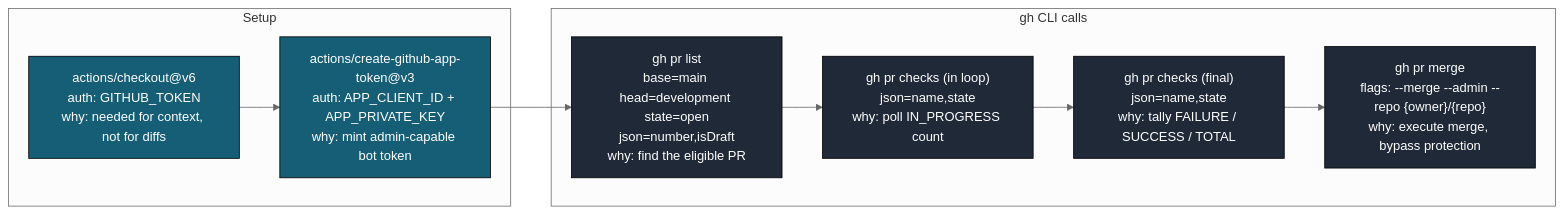
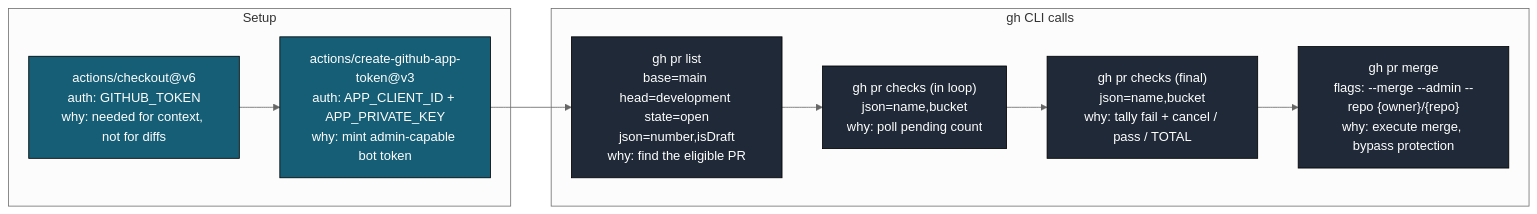
The eighth of 13 diagrams in .github/docs/AUTO_MERGE_MAIN_PR_DEEP_DIVE.md (llm-exe/llm-exe), drawn with Mermaid (neutral theme) before and after one commit. The commit also changed other lines of this file and 2 other files, not shown here.

First line of the commit message:
ci(auto-merge): wait for queued checks and fail closed on timeout

````diff
--- a/.github/docs/AUTO_MERGE_MAIN_PR_DEEP_DIVE.md
+++ b/.github/docs/AUTO_MERGE_MAIN_PR_DEEP_DIVE.md
@@ -354,24 +353,24 @@
 ```mermaid
 flowchart LR
     classDef pre fill:#155e75,color:#fff,stroke:#000
     classDef gh fill:#1f2937,color:#fff,stroke:#000
     classDef act fill:#581c87,color:#fff,stroke:#000
 
     subgraph Pre["Setup"]
         c1["actions/checkout@v6\nauth: GITHUB_TOKEN\nwhy: needed for context, not for diffs"]:::pre
         c2["actions/create-github-app-token@v3\nauth: APP_CLIENT_ID + APP_PRIVATE_KEY\nwhy: mint admin-capable bot token"]:::pre
     end
 
     subgraph During["gh CLI calls"]
         d1["gh pr list\nbase=main head=development state=open\njson=number,isDraft\nwhy: find the eligible PR"]:::gh
-        d2["gh pr checks (in loop)\njson=name,state\nwhy: poll IN_PROGRESS count"]:::gh
-        d3["gh pr checks (final)\njson=name,state\nwhy: tally FAILURE / SUCCESS / TOTAL"]:::gh
+        d2["gh pr checks (in loop)\njson=name,bucket\nwhy: poll pending count"]:::gh
+        d3["gh pr checks (final)\njson=name,bucket\nwhy: tally fail + cancel / pass / TOTAL"]:::gh
         d4["gh pr merge\nflags: --merge --admin --repo {owner}/{repo}\nwhy: execute merge, bypass protection"]:::gh
     end
 
     c1 --> c2
     c2 --> d1
     d1 --> d2
     d2 --> d3
     d3 --> d4
 ```
````
